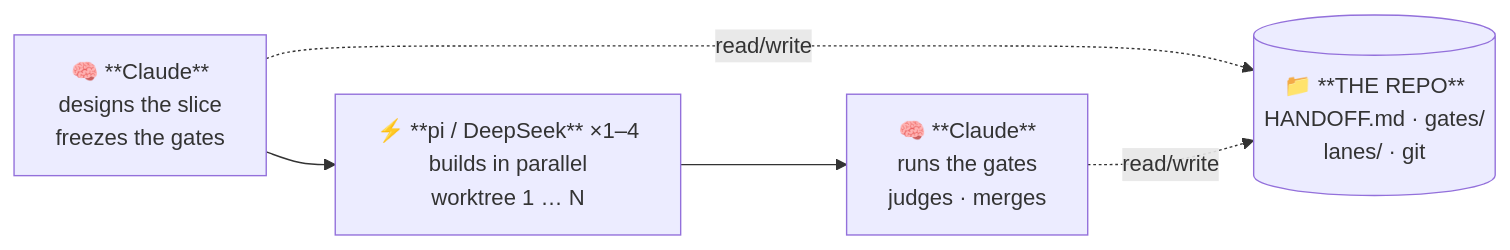
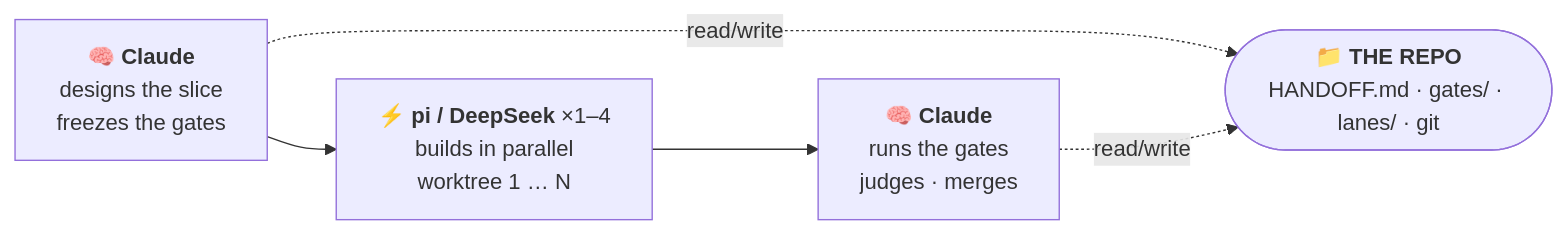
The first of 2 diagrams in README.md (pcomans/architect-loop-pi), drawn with Mermaid before and after one commit. The commit also changed other lines of this file, not shown here.

First line of the commit message:
README: fix Mermaid diagrams to use backtick markdown strings

````diff
--- a/README.md
+++ b/README.md
@@ -83,11 +83,18 @@
 ```mermaid
 flowchart LR
-    A["🧠 **Claude**\ndesigns the slice\nfreezes the gates"]
-    B["⚡ **pi / DeepSeek** ×1–4\nbuilds in parallel\nworktree 1 … N"]
-    C["🧠 **Claude**\nruns the gates\njudges · merges"]
-    R[("📁 **THE REPO**\nHANDOFF.md · gates/\nlanes/ · git")]
+    A["`🧠 **Claude**
+    designs the slice
+    freezes the gates`"]
+    B["`⚡ **pi / DeepSeek** ×1–4
+    builds in parallel
+    worktree 1 … N`"]
+    C["`🧠 **Claude**
+    runs the gates
+    judges · merges`"]
+    R(["`📁 **THE REPO**
+    HANDOFF.md · gates/ · lanes/ · git`"])
 
     A --> B --> C
     A -. read/write .-> R
     C -. read/write .-> R
 ```
````
